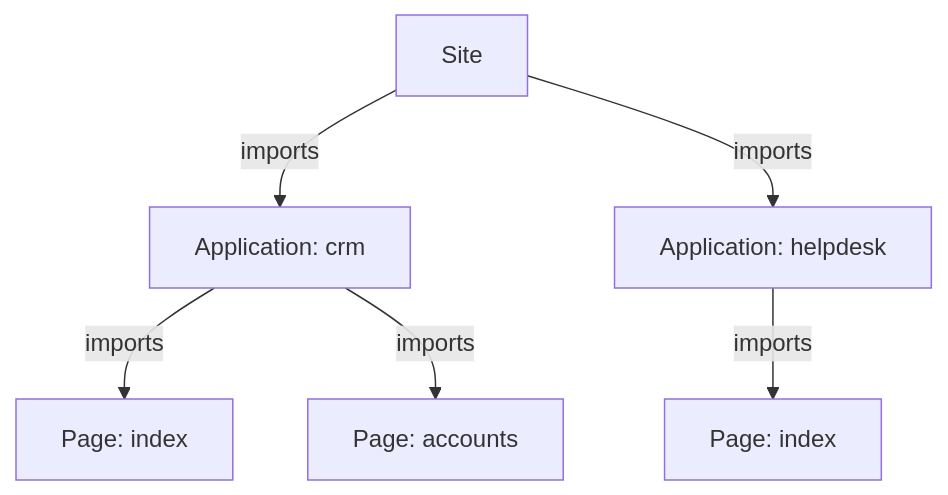
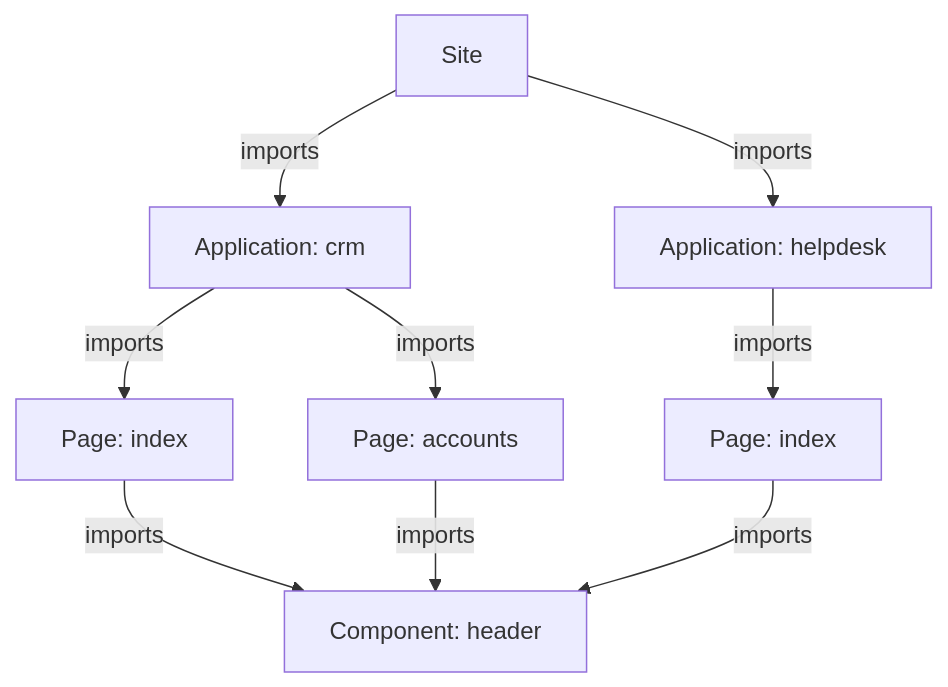
The diagram in content/versions/v0/architecture.mdx (taskmigo/docs), drawn with Mermaid before and after one commit. The commit also changed other lines of this file and 7 other files, not shown here.

````diff
--- a/content/versions/v0/architecture.mdx
+++ b/content/versions/v0/architecture.mdx
@@ -18,8 +18,11 @@
 ```mermaid
 flowchart TD
   site["Site"] -->|imports| crm["Application: crm"]
   site -->|imports| helpdesk["Application: helpdesk"]
   crm -->|imports| crmIndex["Page: index"]
   crm -->|imports| accounts["Page: accounts"]
   helpdesk -->|imports| helpdeskIndex["Page: index"]
+  crmIndex -->|imports| header["Component: header"]
+  accounts -->|imports| header
+  helpdeskIndex -->|imports| header
 ```
````
